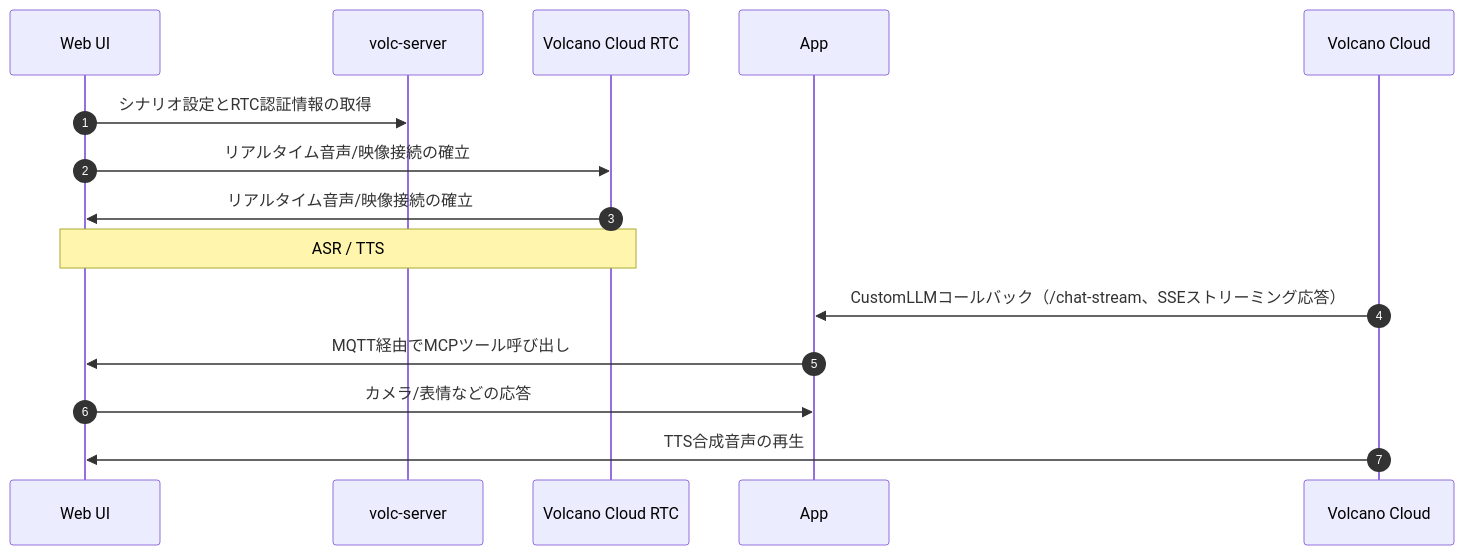
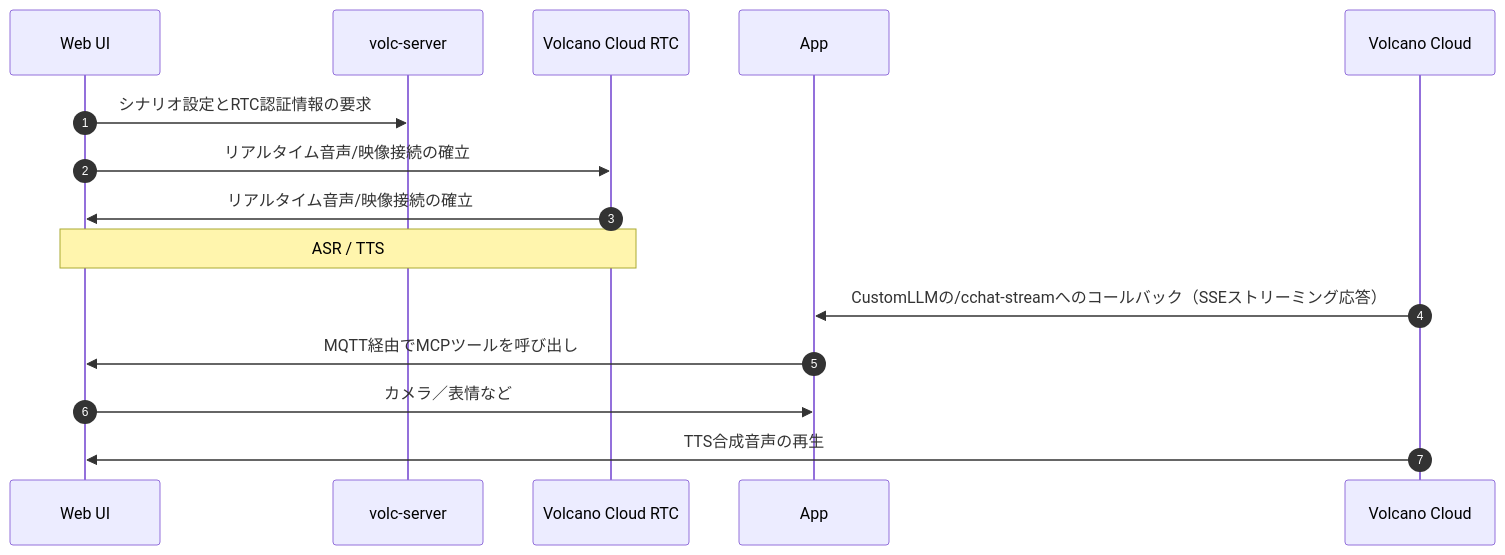
The diagram in ja_JP/emqx-ai/rtc-services/volcengine-rtc/quick-start.md (emqx/emqx-docs), drawn with Mermaid before and after one commit. The commit also changed other lines of this file and 340 other files, not shown here.

````diff
--- a/ja_JP/emqx-ai/rtc-services/volcengine-rtc/quick-start.md
+++ b/ja_JP/emqx-ai/rtc-services/volcengine-rtc/quick-start.md
@@ -21,23 +21,23 @@
 ```mermaid
 sequenceDiagram
     autonumber
     participant WebUI as Web UI
     participant Volc as volc-server
     participant RTC as Volcano Cloud RTC
     participant App as App
     participant Cloud as Volcano Cloud
 
-    WebUI ->> Volc: シナリオ設定とRTC認証情報の取得
+    WebUI ->> Volc: シナリオ設定とRTC認証情報の要求
 
     WebUI ->> RTC: リアルタイム音声/映像接続の確立
     RTC ->> WebUI: リアルタイム音声/映像接続の確立
     note over WebUI, RTC: ASR / TTS
 
-    Cloud ->> App: CustomLLMコールバック（/chat-stream、SSEストリーミング応答）
+    Cloud ->> App: CustomLLMの/cchat-streamへのコールバック（SSEストリーミング応答）
 
-    App ->> WebUI: MQTT経由でMCPツール呼び出し
-    WebUI ->> App: カメラ/表情などの応答
+    App ->> WebUI: MQTT経由でMCPツールを呼び出し
+    WebUI ->> App: カメラ／表情など
 
     Cloud ->> WebUI: TTS合成音声の再生
 
 ```
````
